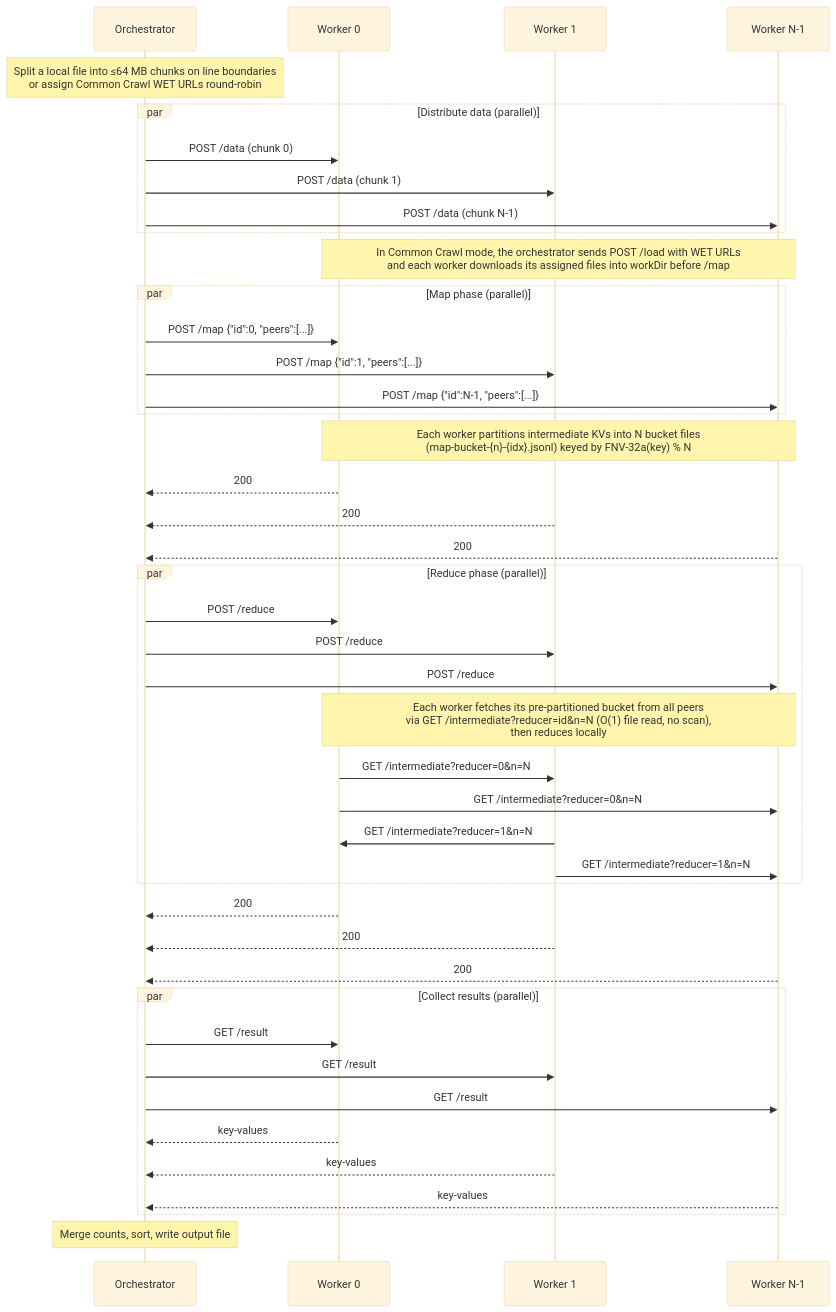
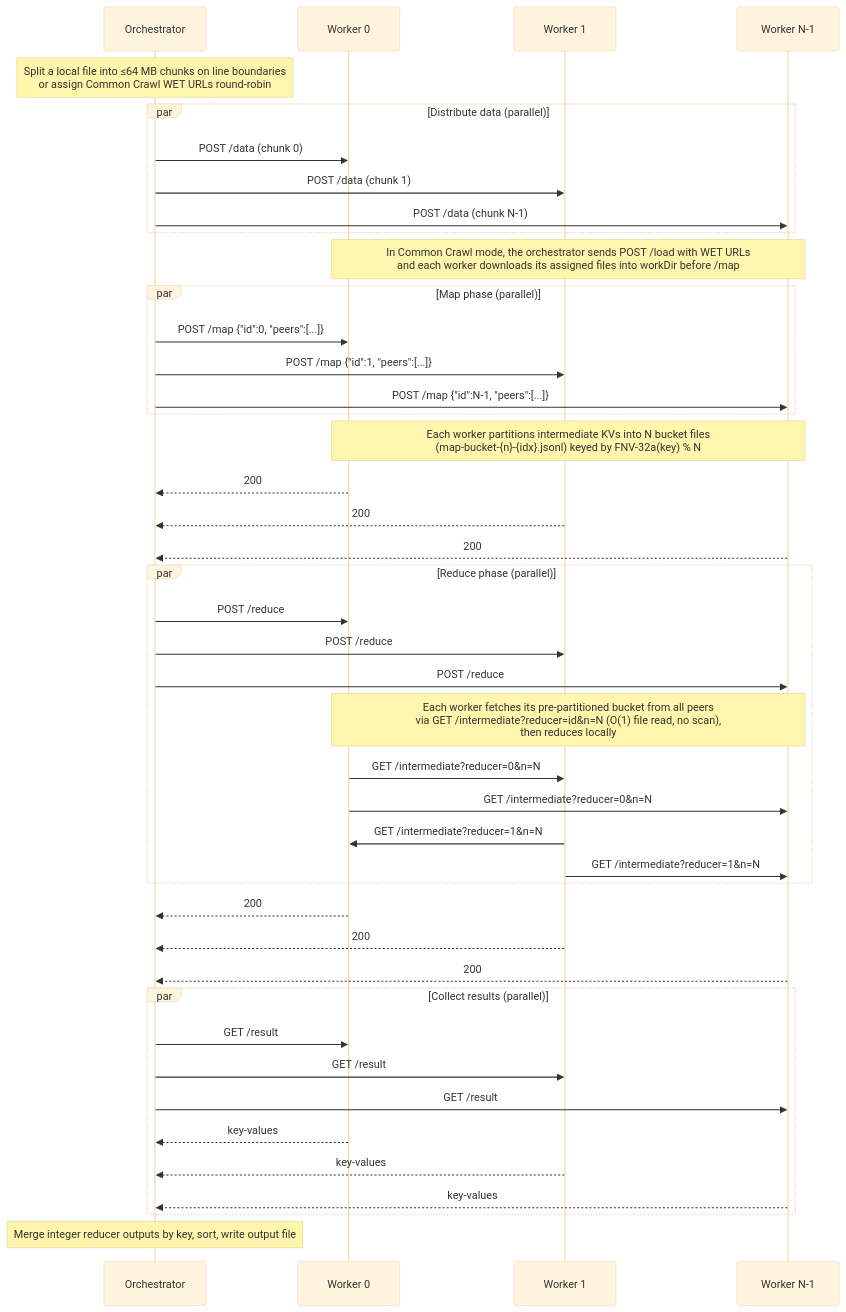
Before and after one commit to danielefam/slr_map_reduce: the second of 3 diagrams in README.md, drawn with Mermaid (base theme). The commit also changed other lines of this file and 10 other files, not shown here.

````diff
--- a/README.md
+++ b/README.md
@@ -244,51 +260,51 @@
 ```mermaid
 sequenceDiagram
     participant Orchestrator
     participant W0 as Worker 0
     participant W1 as Worker 1
     participant Wn as Worker N-1
 
     Note over Orchestrator: Split a local file into ≤64 MB chunks on line boundaries<br/>or assign Common Crawl WET URLs round-robin
 
     par Distribute data (parallel)
         Orchestrator->>W0: POST /data  (chunk 0)
         Orchestrator->>W1: POST /data  (chunk 1)
         Orchestrator->>Wn: POST /data  (chunk N-1)
     end
     Note over W0,Wn: In Common Crawl mode, the orchestrator sends POST /load with WET URLs<br/>and each worker downloads its assigned files into workDir before /map
 
     par Map phase (parallel)
         Orchestrator->>W0: POST /map  {"id":0, "peers":[...]}
         Orchestrator->>W1: POST /map  {"id":1, "peers":[...]}
         Orchestrator->>Wn: POST /map  {"id":N-1, "peers":[...]}
     end
     Note over W0,Wn: Each worker partitions intermediate KVs into N bucket files<br/>(map-bucket-{n}-{idx}.jsonl) keyed by FNV-32a(key) % N
     W0-->>Orchestrator: 200
     W1-->>Orchestrator: 200
     Wn-->>Orchestrator: 200
 
     par Reduce phase (parallel)
         Orchestrator->>W0: POST /reduce
         Orchestrator->>W1: POST /reduce
         Orchestrator->>Wn: POST /reduce
         Note over W0,Wn: Each worker fetches its pre-partitioned bucket from all peers<br/>via GET /intermediate?reducer=id&n=N (O(1) file read, no scan),<br/>then reduces locally
         W0->>W1: GET /intermediate?reducer=0&n=N
         W0->>Wn: GET /intermediate?reducer=0&n=N
         W1->>W0: GET /intermediate?reducer=1&n=N
         W1->>Wn: GET /intermediate?reducer=1&n=N
     end
     W0-->>Orchestrator: 200
     W1-->>Orchestrator: 200
     Wn-->>Orchestrator: 200
 
     par Collect results (parallel)
         Orchestrator->>W0: GET /result
         Orchestrator->>W1: GET /result
         Orchestrator->>Wn: GET /result
         W0-->>Orchestrator: key-values
         W1-->>Orchestrator: key-values
         Wn-->>Orchestrator: key-values
     end
 
-    Note over Orchestrator: Merge counts, sort, write output file
+    Note over Orchestrator: Merge integer reducer outputs by key, sort, write output file
 ```
````
